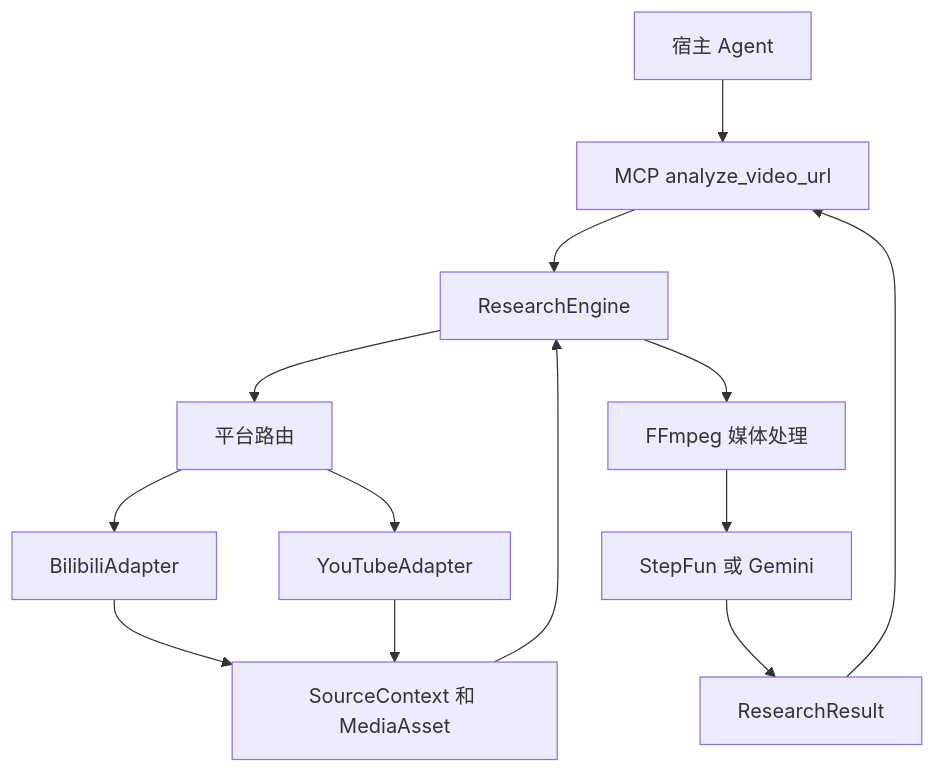
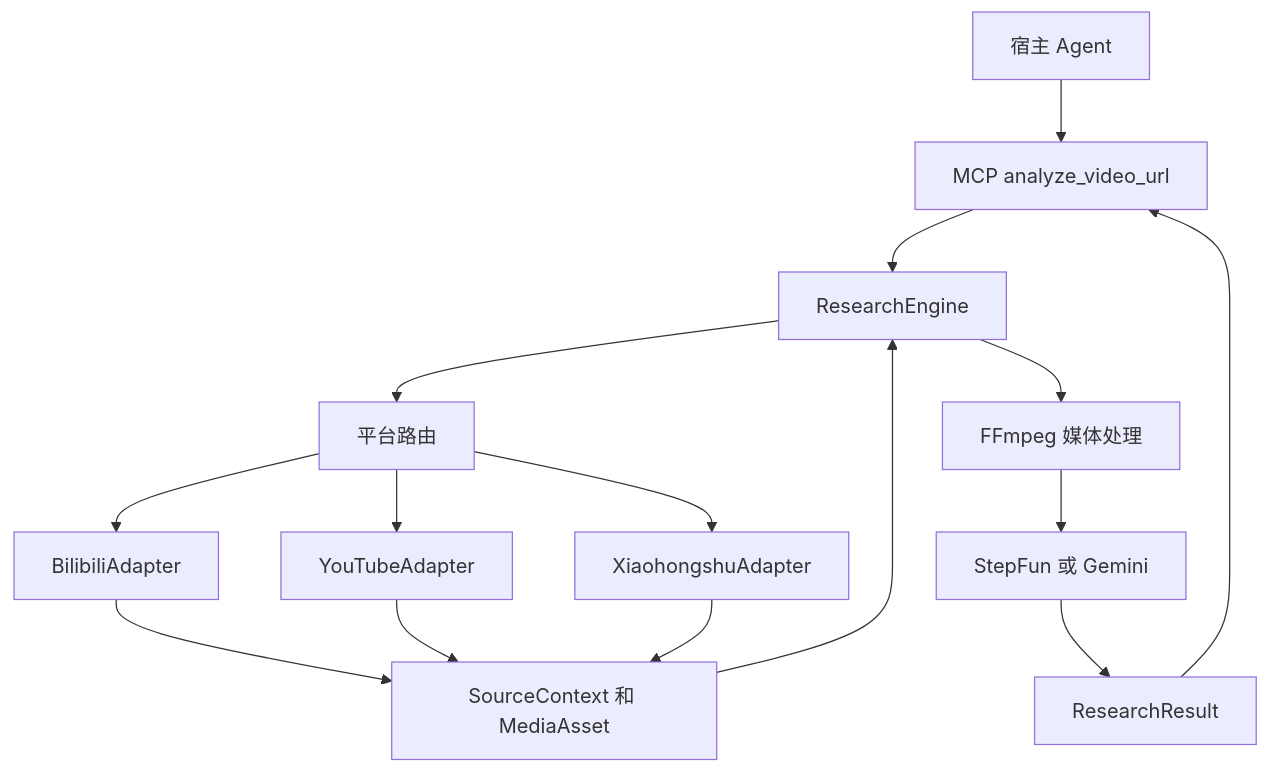
The diagram in docs/architecture.md (7oMB2006/Catalyst), drawn with Mermaid before and after one commit. The commit also changed other lines of this file and 14 other files, not shown here.

Commit message:
feat: add experimental Xiaohongshu video research adapter

````diff
--- a/docs/architecture.md
+++ b/docs/architecture.md
@@ -7,15 +7,17 @@
 ```mermaid
 flowchart TD
   Host[宿主 Agent] --> MCP[MCP analyze_video_url]
   MCP --> Engine[ResearchEngine]
   Engine --> Route[平台路由]
   Route --> Bili[BilibiliAdapter]
   Route --> YT[YouTubeAdapter]
+  Route --> XHS[XiaohongshuAdapter]
   Bili --> Source[SourceContext 和 MediaAsset]
   YT --> Source
+  XHS --> Source
   Source --> Engine
   Engine --> Transform[FFmpeg 媒体处理]
   Transform --> Provider[StepFun 或 Gemini]
   Provider --> Result[ResearchResult]
   Result --> MCP
 ```
````
